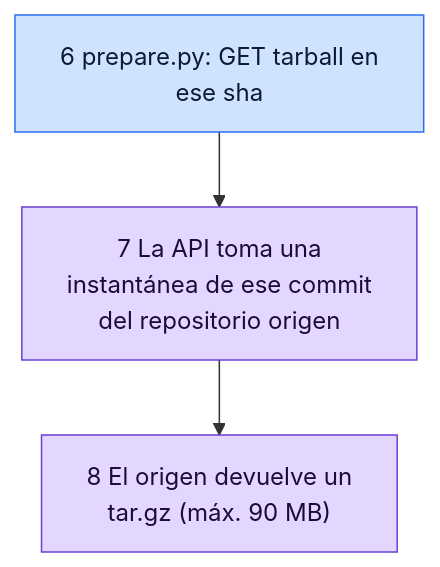
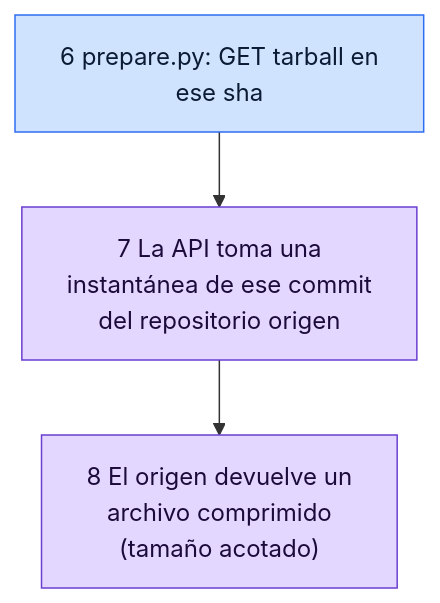
One commit to MacGuard/macguard-yara-channel changed the diagram in docs/wiki/diagrams/sources-sequence-2-download.es.mmd. Above: the diagram before and after it, drawn with Mermaid. The commit also changed 53 other files, not shown here.

```diff
--- a/docs/wiki/diagrams/sources-sequence-2-download.es.mmd
+++ b/docs/wiki/diagrams/sources-sequence-2-download.es.mmd
@@ -1,9 +1,9 @@
 %%{init: {"flowchart": {"wrappingWidth": 300}}}%%
 flowchart TB
   e1["6 prepare.py: GET tarball en<br/>ese sha"]:::act
   e2["7 La API toma una<br/>instantánea de ese commit<br/>del repositorio origen"]:::ext
-  e3["8 El origen devuelve un<br/>tar.gz (máx. 90 MB)"]:::ext
+  e3["8 El origen devuelve un<br/>archivo comprimido<br/>(tamaño acotado)"]:::ext
   e1 --> e2
   e2 --> e3
   classDef act fill:#cfe3ff,stroke:#2f6df0,color:#0b1b33
   classDef ext fill:#e4d7ff,stroke:#6a3fd1,color:#1b0b3b
```
